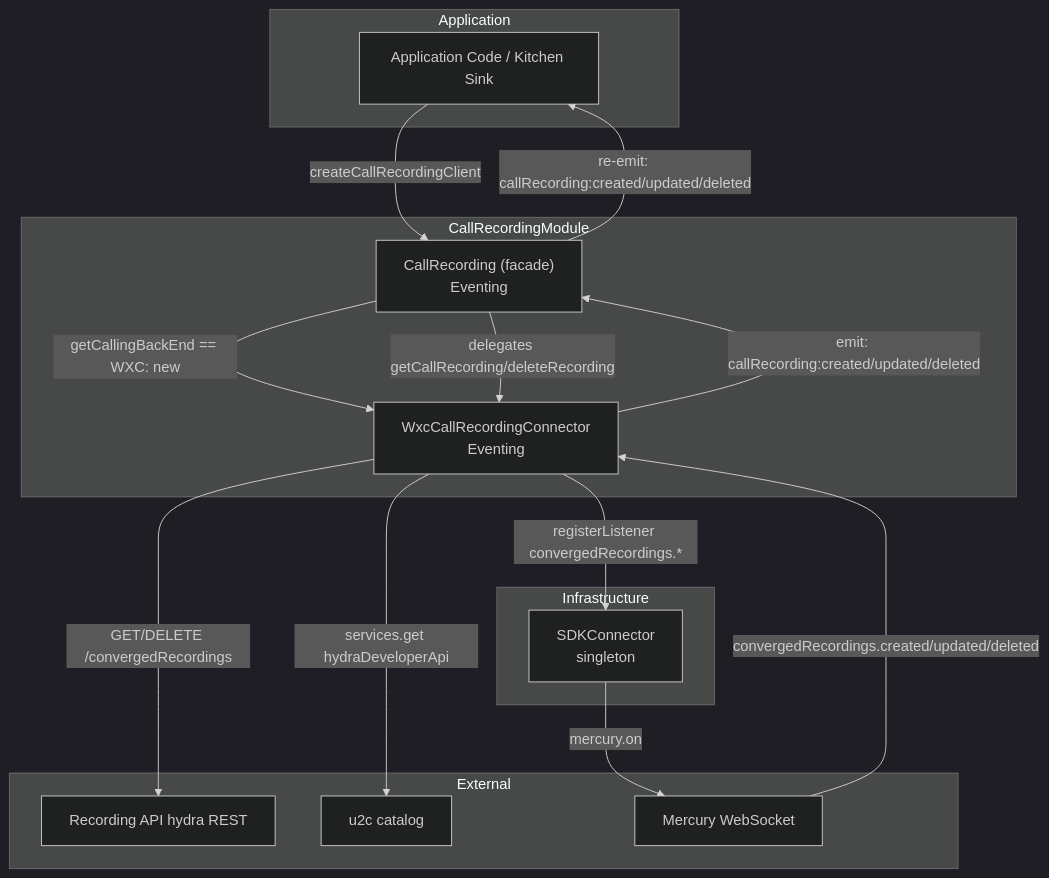
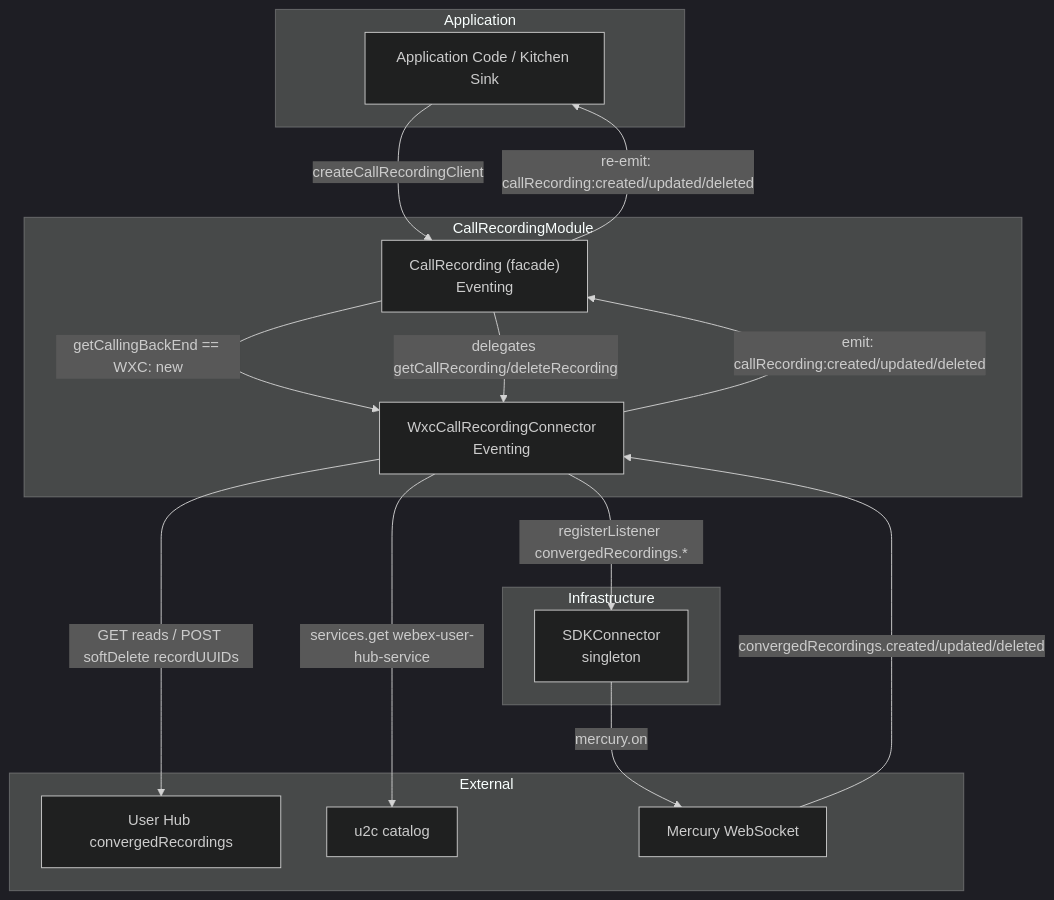
The first of 7 diagrams in packages/calling/src/CallRecording/ai-docs/call-recording-spec.md (webex/webex-js-sdk), drawn with Mermaid (dark theme) before and after one commit. The commit also changed other lines of this file and 15 other files, not shown here.

Commit message:
feat(calling): read call recordings from User Hub (#5317)

````diff
--- a/packages/calling/src/CallRecording/ai-docs/call-recording-spec.md
+++ b/packages/calling/src/CallRecording/ai-docs/call-recording-spec.md
@@ -392,33 +388,33 @@
 ```mermaid
 flowchart TB
     subgraph Application
         App[Application Code / Kitchen Sink]
     end
 
     subgraph CallRecordingModule
         CR["CallRecording (facade)\nEventing<CallRecordingEventTypes>"]
         WC["WxcCallRecordingConnector\nEventing<CallRecordingEventTypes>"]
     end
 
     subgraph Infrastructure
         SDK["SDKConnector\nsingleton"]
     end
 
     subgraph External
-        WxApp[Recording API hydra REST]
+        WxApp[User Hub convergedRecordings]
         Catalog[u2c catalog]
         Mercury[Mercury WebSocket]
     end
 
     App -->|createCallRecordingClient| CR
     CR -->|getCallingBackEnd == WXC: new| WC
     CR -->|delegates getCallRecording/deleteRecording| WC
-    WC -->|services.get hydraDeveloperApi| Catalog
-    WC -->|GET/DELETE /convergedRecordings| WxApp
+    WC -->|services.get webex-user-hub-service| Catalog
+    WC -->|GET reads / POST softDelete recordUUIDs| WxApp
 
     WC -->|registerListener convergedRecordings.*| SDK
     SDK -->|mercury.on| Mercury
     Mercury -->|convergedRecordings.created/updated/deleted| WC
     WC -->|emit: callRecording:created/updated/deleted| CR
     CR -->|re-emit: callRecording:created/updated/deleted| App
 ```
````
